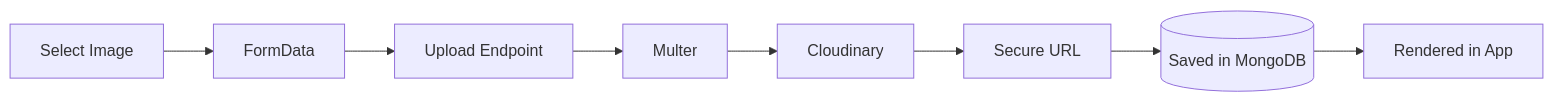
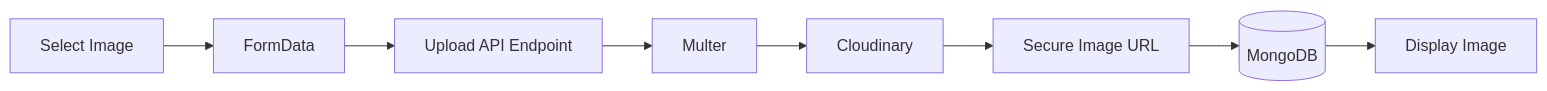
Before and after one commit to aryankk073/Prescripto: the eighth of 10 diagrams in README.md, drawn with Mermaid. The commit also changed other lines of this file and 1 other file, not shown here.

````diff
--- a/README.md
+++ b/README.md
@@ -331,10 +319,10 @@
 ```mermaid
 flowchart LR
     A[Select Image] --> B[FormData]
-    B --> C[Upload Endpoint]
+    B --> C[Upload API Endpoint]
     C --> D[Multer]
     D --> E[Cloudinary]
-    E --> F[Secure URL]
-    F --> G[(Saved in MongoDB)]
-    G --> H[Rendered in App]
+    E --> F[Secure Image URL]
+    F --> G[(MongoDB)]
+    G --> H[Display Image]
 ```
````
